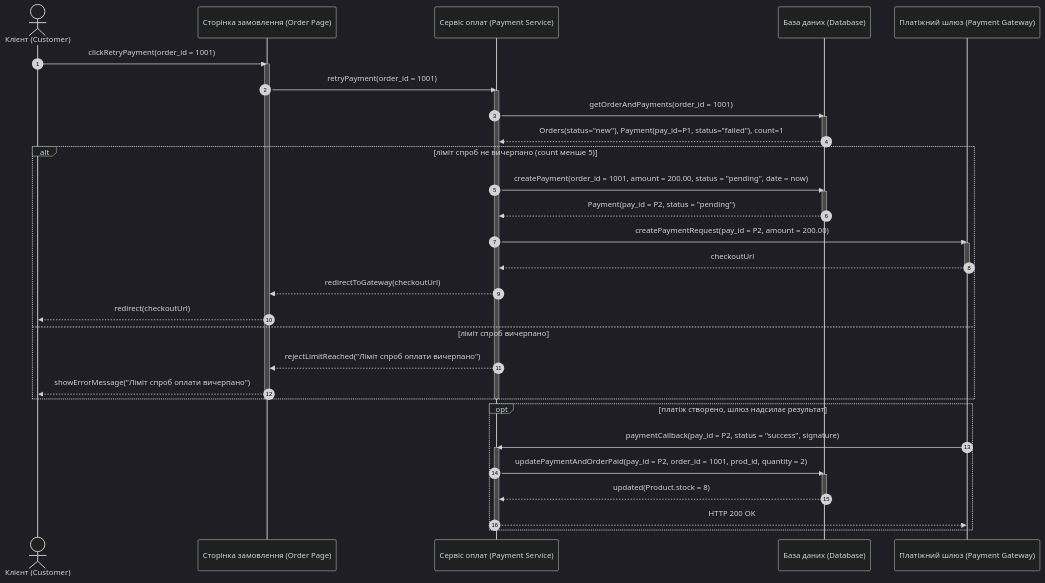
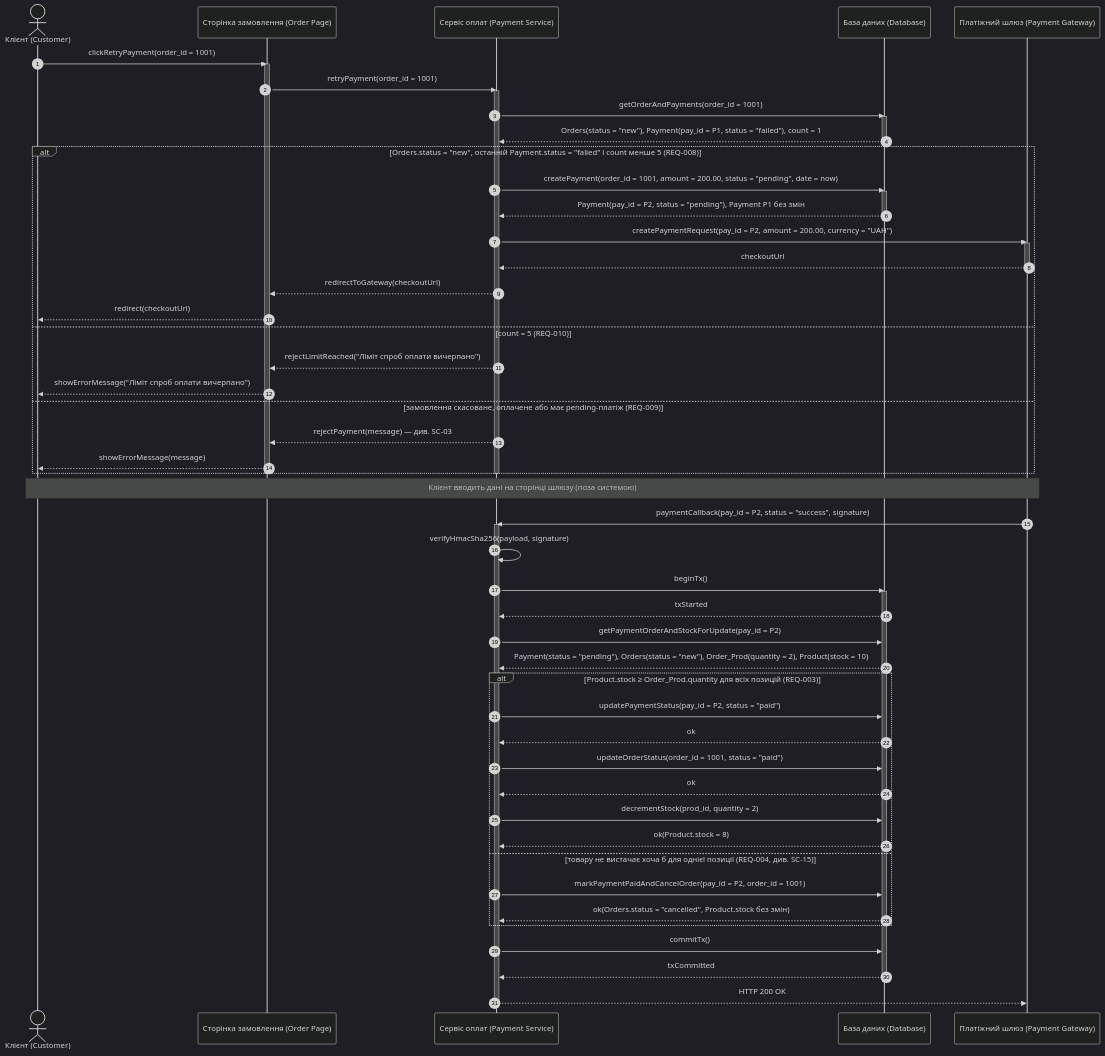
The second of 15 diagrams in Lab3/diagram.md (hutnichs/KPI_MAVPZ), drawn with Mermaid (dark theme) before and after one commit. The commit also changed other lines of this file and 1 other file, not shown here.

Commit message:
Updated payment callback, error messages and prompt added

````diff
--- a/Lab3/diagram.md
+++ b/Lab3/diagram.md
@@ -75,47 +76,66 @@
 ```mermaid
 sequenceDiagram
     autonumber
     actor Customer as Клієнт (Customer)
     participant Page as Сторінка замовлення (Order Page)
     participant PS as Сервіс оплат (Payment Service)
     participant DB as База даних (Database)
     participant PGW as Платіжний шлюз (Payment Gateway)
 
     Customer->>Page: clickRetryPayment(order_id = 1001)
     activate Page
     Page->>PS: retryPayment(order_id = 1001)
     activate PS
     PS->>DB: getOrderAndPayments(order_id = 1001)
     activate DB
-    DB-->>PS: Orders(status="new"), Payment(pay_id=P1, status="failed"), count=1
+    DB-->>PS: Orders(status = "new"), Payment(pay_id = P1, status = "failed"), count = 1
     deactivate DB
 
-    alt ліміт спроб не вичерпано (count менше 5)
+    alt Orders.status = "new", останній Payment.status = "failed" і count менше 5 (REQ-008)
         PS->>DB: createPayment(order_id = 1001, amount = 200.00, status = "pending", date = now)
         activate DB
-        DB-->>PS: Payment(pay_id = P2, status = "pending")
+        DB-->>PS: Payment(pay_id = P2, status = "pending"), Payment P1 без змін
         deactivate DB
-        PS->>PGW: createPaymentRequest(pay_id = P2, amount = 200.00)
+        PS->>PGW: createPaymentRequest(pay_id = P2, amount = 200.00, currency = "UAH")
         activate PGW
         PGW-->>PS: checkoutUrl
         deactivate PGW
         PS-->>Page: redirectToGateway(checkoutUrl)
         Page-->>Customer: redirect(checkoutUrl)
-    else ліміт спроб вичерпано
+    else count = 5 (REQ-010)
         PS-->>Page: rejectLimitReached("Ліміт спроб оплати вичерпано")
         Page-->>Customer: showErrorMessage("Ліміт спроб оплати вичерпано")
+    else замовлення скасоване, оплачене або має pending-платіж (REQ-009)
+        PS-->>Page: rejectPayment(message) — див. SC-03
+        Page-->>Customer: showErrorMessage(message)
     end
     deactivate PS
     deactivate Page
 
-    opt платіж створено, шлюз надсилає результат
-        PGW->>PS: paymentCallback(pay_id = P2, status = "success", signature)
-        activate PS
-        PS->>DB: updatePaymentAndOrderPaid(pay_id = P2, order_id = 1001, prod_id, quantity = 2)
-        activate DB
-        DB-->>PS: updated(Product.stock = 8)
-        deactivate DB
-        PS-->>PGW: HTTP 200 OK
-        deactivate PS
+    Note over Customer,PGW: Клієнт вводить дані на сторінці шлюзу (поза системою)
+
+    PGW->>PS: paymentCallback(pay_id = P2, status = "success", signature)
+    activate PS
+    PS->>PS: verifyHmacSha256(payload, signature)
+    PS->>DB: beginTx()
+    activate DB
+    DB-->>PS: txStarted
+    PS->>DB: getPaymentOrderAndStockForUpdate(pay_id = P2)
+    DB-->>PS: Payment(status = "pending"), Orders(status = "new"), Order_Prod(quantity = 2), Product(stock = 10)
+    alt Product.stock ≥ Order_Prod.quantity для всіх позицій (REQ-003)
+        PS->>DB: updatePaymentStatus(pay_id = P2, status = "paid")
+        DB-->>PS: ok
+        PS->>DB: updateOrderStatus(order_id = 1001, status = "paid")
+        DB-->>PS: ok
+        PS->>DB: decrementStock(prod_id, quantity = 2)
+        DB-->>PS: ok(Product.stock = 8)
+    else товару не вистачає хоча б для однієї позиції (REQ-004, див. SC-15)
+        PS->>DB: markPaymentPaidAndCancelOrder(pay_id = P2, order_id = 1001)
+        DB-->>PS: ok(Orders.status = "cancelled", Product.stock без змін)
     end
+    PS->>DB: commitTx()
+    DB-->>PS: txCommitted
+    deactivate DB
+    PS-->>PGW: HTTP 200 OK
+    deactivate PS
 ```
````
